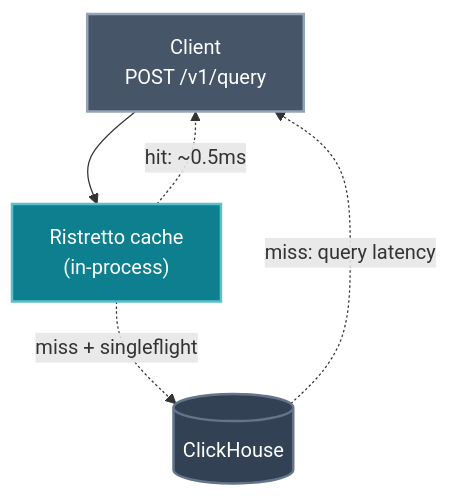
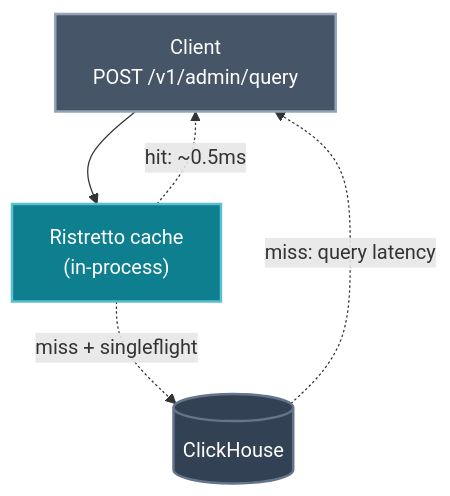
Before and after one commit to Wave-RF/WaveHouse: the sixth of 6 diagrams in docs/src/content/docs/why-wavehouse.md, drawn with Mermaid. The commit also changed 26 other files, not shown here.

````diff
--- a/docs/src/content/docs/why-wavehouse.md
+++ b/docs/src/content/docs/why-wavehouse.md
@@ -245,12 +245,12 @@
 ```mermaid
 flowchart TB
     classDef client fill:#475569,stroke:#94a3b8,color:#fff,stroke-width:2px
     classDef wh fill:#0e7f8f,stroke:#5bbfcf,color:#fff,stroke-width:2px
     classDef store fill:#334155,stroke:#64748b,color:#fff,stroke-width:2px
 
-    Q["Client<br/>POST /v1/query"]:::client
+    Q["Client<br/>POST /v1/admin/query"]:::client
     Q --> L1["Ristretto cache<br/>(in-process)"]:::wh
     L1 -. "miss + singleflight" .-> CH[("ClickHouse")]:::store
     L1 -. "hit: ~0.5ms" .-> Q
     CH -. "miss: query latency" .-> Q
 ```
````
